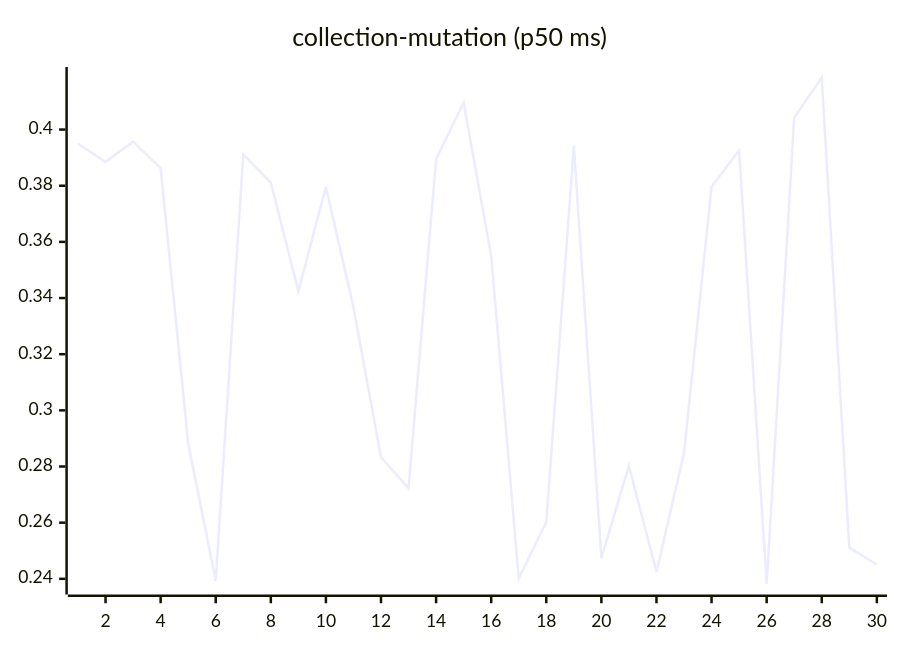
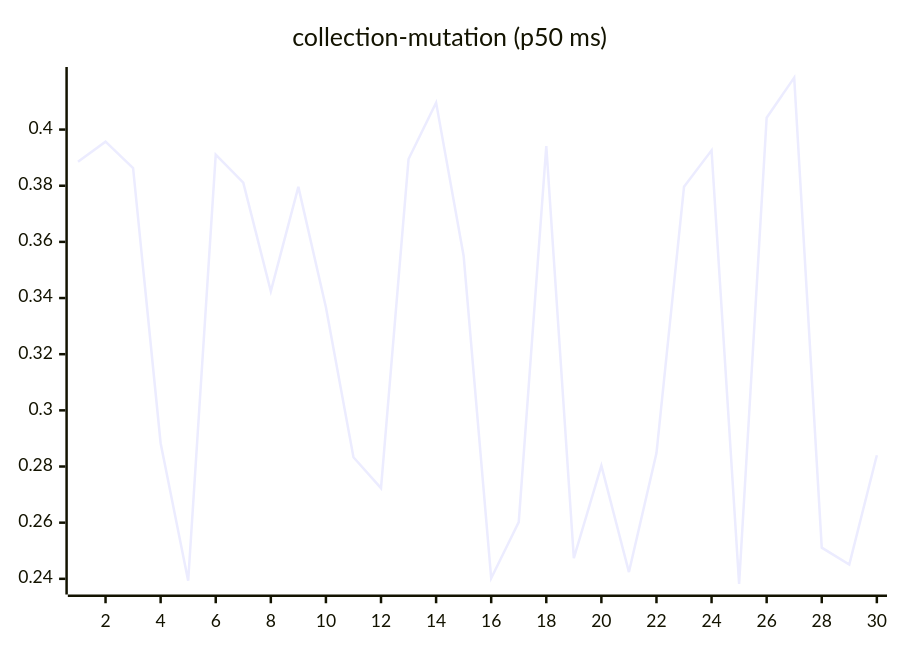
One commit to josha/Facet changed the sixth of 27 diagrams in README.md. Above: the diagram before and after it, drawn with Mermaid. The commit also changed other lines of this file and 2 other files, not shown here.

````diff
--- a/README.md
+++ b/README.md
@@ -98,6 +98,6 @@
 ```mermaid
 xychart-beta
     title "collection-mutation (p50 ms)"
     x-axis 1 --> 30
-    line [0.3950, 0.3885, 0.3957, 0.3863, 0.2883, 0.2393, 0.3911, 0.3811, 0.3424, 0.3796, 0.3367, 0.2833, 0.2723, 0.3895, 0.4096, 0.3550, 0.2402, 0.2602, 0.3941, 0.2474, 0.2803, 0.2424, 0.2848, 0.3796, 0.3926, 0.2382, 0.4042, 0.4185, 0.2511, 0.2451]
+    line [0.3885, 0.3957, 0.3863, 0.2883, 0.2393, 0.3911, 0.3811, 0.3424, 0.3796, 0.3367, 0.2833, 0.2723, 0.3895, 0.4096, 0.3550, 0.2402, 0.2602, 0.3941, 0.2474, 0.2803, 0.2424, 0.2848, 0.3796, 0.3926, 0.2382, 0.4042, 0.4185, 0.2511, 0.2451, 0.2840]
 ```
````
